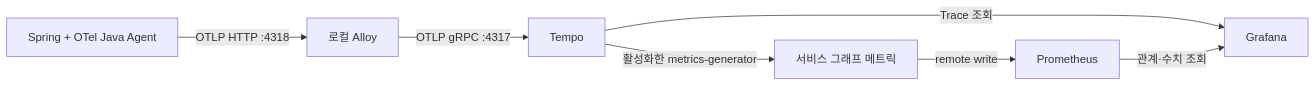
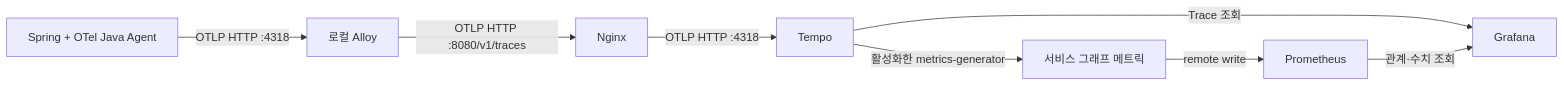
The second of 2 diagrams in infra/docs/observability/ARCHITECTURE.md (woowacourse-teams/2026-jarihana), drawn with Mermaid before and after one commit. The commit also changed other lines of this file and 17 other files, not shown here.

````diff
--- a/infra/docs/observability/ARCHITECTURE.md
+++ b/infra/docs/observability/ARCHITECTURE.md
@@ -391,9 +405,10 @@
 ```mermaid
 flowchart LR
   JAVA["Spring + OTel Java Agent"] -->|"OTLP HTTP :4318"| ALLOY["로컬 Alloy"]
-  ALLOY -->|"OTLP gRPC :4317"| TEMPO["Tempo"]
+  ALLOY -->|"OTLP HTTP :8080/v1/traces"| NGINX["Nginx"]
+  NGINX -->|"OTLP HTTP :4318"| TEMPO["Tempo"]
   TEMPO -->|"활성화한 metrics-generator"| GRAPH["서비스 그래프 메트릭"]
   GRAPH -->|"remote write"| PROM["Prometheus"]
   TEMPO -->|"Trace 조회"| GRAF["Grafana"]
   PROM -->|"관계·수치 조회"| GRAF
 ```
````
